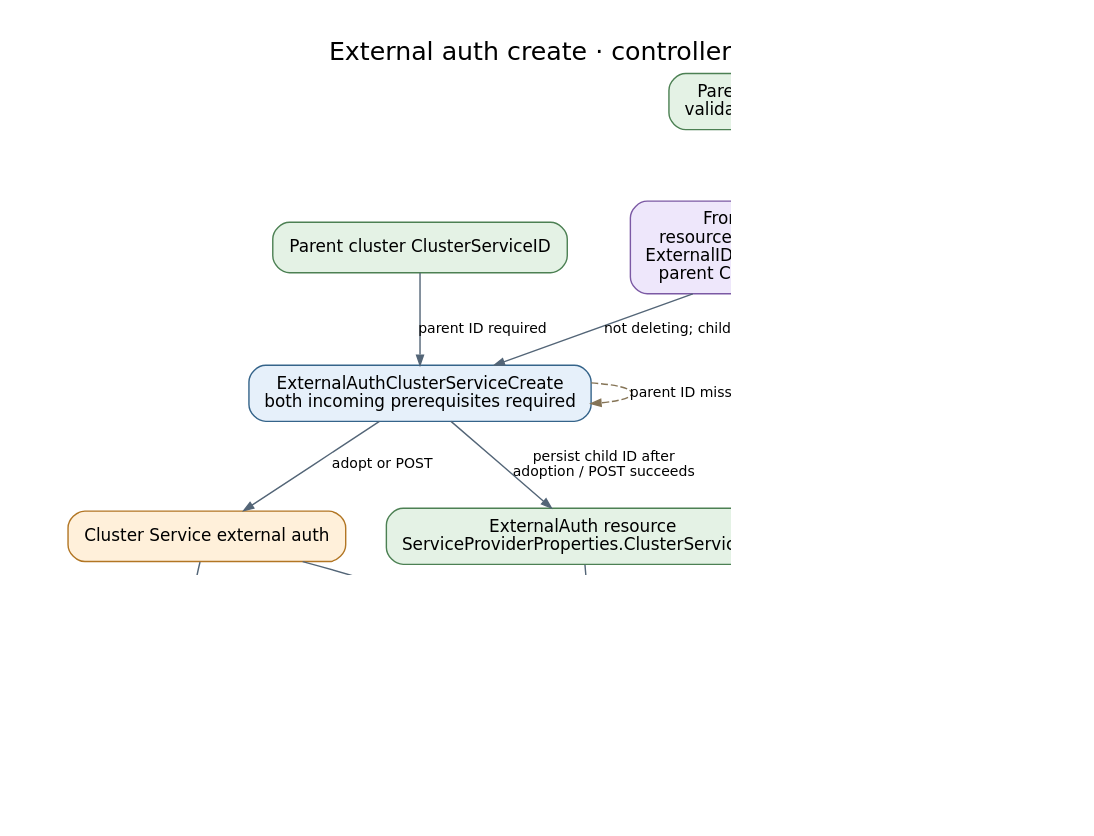
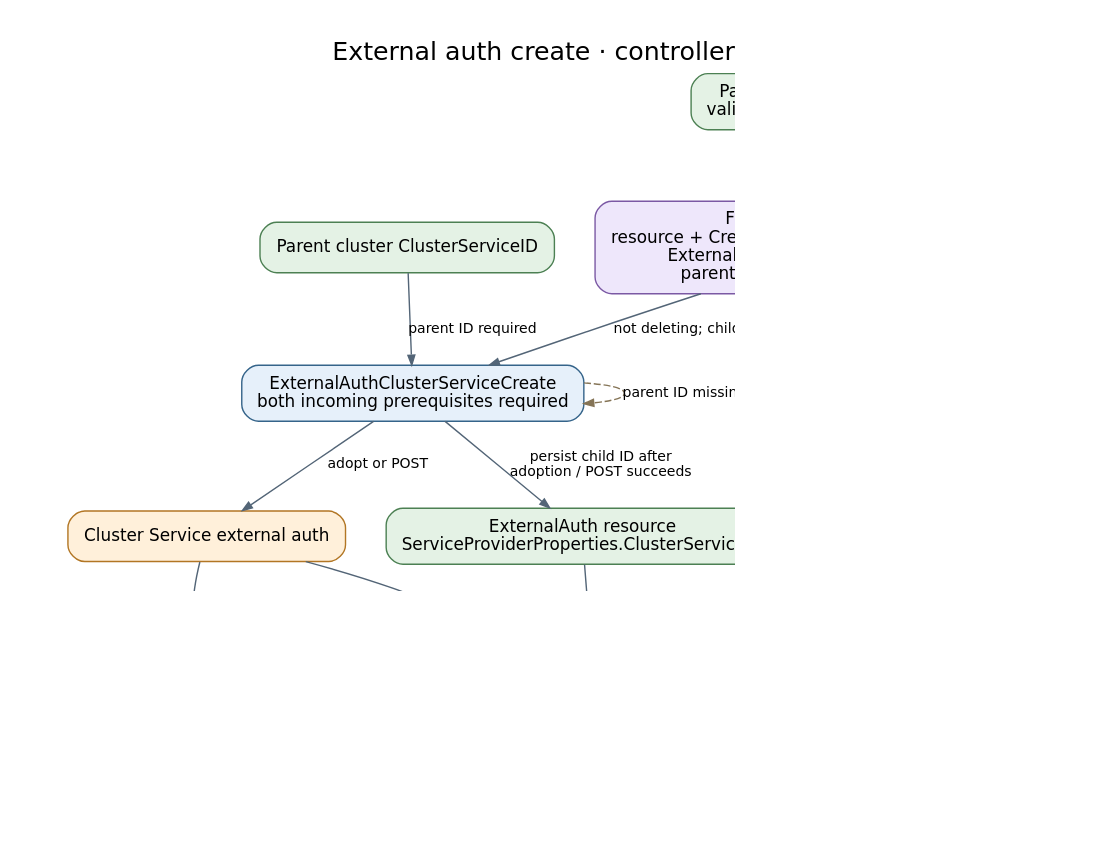
Before and after one commit to Azure/ARO-HCP: the diagram in docs/generated/diagrams/controller-flows/externalauth-create.dot, drawn with Graphviz. The commit also changed 38 other files, not shown here.

Commit message:
docs: reconcile service-provider cleanup and API contracts

```diff
--- a/docs/generated/diagrams/controller-flows/externalauth-create.dot
+++ b/docs/generated/diagrams/controller-flows/externalauth-create.dot
@@ -1,26 +1,28 @@
 digraph externalauth_create {
   graph [rankdir=TB, bgcolor="white", pad="0.3", nodesep="0.4", ranksep="0.55", fontname="DejaVu Sans", fontsize=18, labelloc=t, label="External auth create · controller flow", dpi=110];
   node [shape=box, style="rounded,filled", fillcolor="#e6f0fa", color="#35648a", fontname="DejaVu Sans", fontsize=12, margin="0.16,0.10"];
   edge [color="#536577", fontname="DejaVu Sans", fontsize=10, arrowsize=0.7];
-  api [label="Frontend PUT external auth\nresource + Create Operation (atomic)\nExternalID = ARM ID; InternalID = empty\nparent Cluster Service ID not required", fillcolor="#eee7fb", color="#7b59a4"];
+  api [label="Frontend PUT external auth\nresource + Create Operation + 30m deadline (atomic)\nExternalID = ARM ID; InternalID = empty\nparent Cluster Service ID not required", fillcolor="#eee7fb", color="#7b59a4"];
   exists [label="Parent Cosmos cluster exists\nvalidation / conflict checks pass", fillcolor="#e4f2e5", color="#4c8053"];
   parent [label="Parent cluster ClusterServiceID", fillcolor="#e4f2e5", color="#4c8053"];
   create [label="ExternalAuthClusterServiceCreate\nboth incoming prerequisites required", fillcolor="#e6f0fa", color="#35648a"];
   child [label="ExternalAuth resource\nServiceProviderProperties.ClusterServiceID", fillcolor="#e4f2e5", color="#4c8053"];
   cs [label="Cluster Service external auth", fillcolor="#fff0da", color="#b27624"];
-  op [label="OperationExternalAuthCreate\nmatching active operation + resource ID\n+ successful Cluster Service GET", fillcolor="#e6f0fa", color="#35648a"];
+  op [label="OperationExternalAuthCreate\nmatching active operation + resource ID\nnondeleting; missing CS ID waits\n30m deadline despite observation errors", fillcolor="#e6f0fa", color="#35648a"];
+  failed [label="ARM Create Failed\nexpired pending/error: DeadlineExceeded", fillcolor="#fbe4e4", color="#9b4d4d"];
+  op -> failed [label="strictly after persisted deadline"];
   done [label="ARM Create Operation Succeeded", fillcolor="#e4f2e5", color="#4c8053"];
   external [label="Downstream authentication rollout\nmanaged outside this poller", fillcolor="#fff0da", color="#b27624"];
   exists -> api [label="frontend prerequisites"];
   api -> create [label="not deleting; child ID absent"];
   parent -> create [label="parent ID required"];
   create -> create [label="parent ID missing: retry", style=dashed, color="#857456", constraint=false];
   create -> cs [label="adopt or POST"];
   create -> child [label="persist child ID after\nadoption / POST succeeds"];
   api -> op [label="Operation.ExternalID locates\nresource; ActiveOperationID matches"];
   child -> op [label="read ID from resource"];
   cs -> op [label="GET succeeds"];
   op -> done [label="resource existence confirms\ncompletion"];
   cs -> external [label="external desired configuration"];
   op -> op [label="pending: observe again", style=dashed, color="#857456", constraint=false];
 }
```
